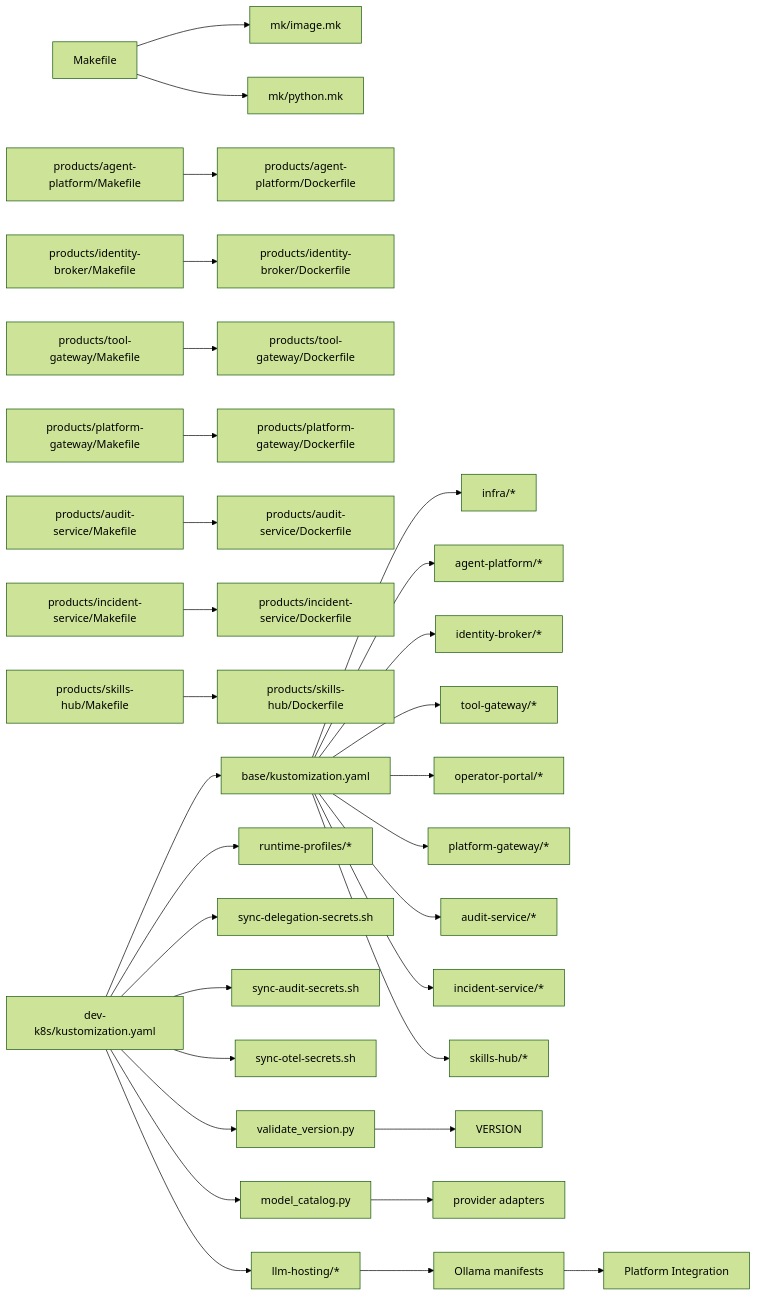
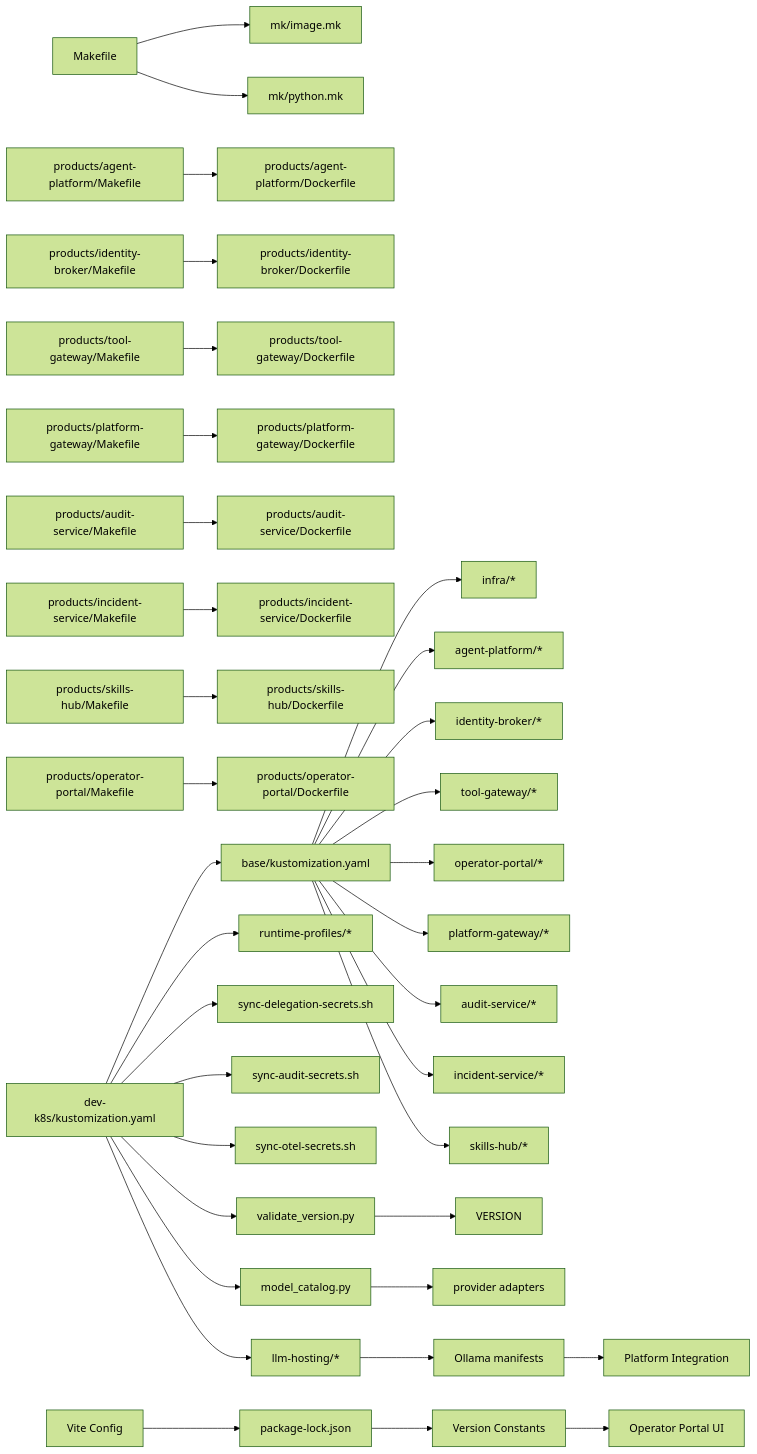
One commit to metasync/luban-aiops changed diagram 12 of 12 in .qoder/repowiki/en/content/Deployment and Operations/Deployment and Operations.md. Above: the diagram before and after it, drawn with Mermaid (forest theme). The commit also changed other lines of this file and 6 other files, not shown here.

````diff
--- a/.qoder/repowiki/en/content/Deployment and Operations/Deployment and Operations.md
+++ b/.qoder/repowiki/en/content/Deployment and Operations/Deployment and Operations.md
@@ -916,33 +947,37 @@
 ```mermaid
 graph LR
 MakefileRoot["Makefile"] --> MkImage["mk/image.mk"]
 MakefileRoot --> MkPython["mk/python.mk"]
 APMake["products/agent-platform/Makefile"] --> APDocker["products/agent-platform/Dockerfile"]
 IBMake["products/identity-broker/Makefile"] --> IBDocker["products/identity-broker/Dockerfile"]
 TGMake["products/tool-gateway/Makefile"] --> TGDocker["products/tool-gateway/Dockerfile"]
 PGMake["products/platform-gateway/Makefile"] --> PGDocker["products/platform-gateway/Dockerfile"]
 ASMake["products/audit-service/Makefile"] --> ASDocker["products/audit-service/Dockerfile"]
 ISMake["products/incident-service/Makefile"] --> ISDocker["products/incident-service/Dockerfile"]
 SHMake["products/skills-hub/Makefile"] --> SHDocker["products/skills-hub/Dockerfile"]
+OPMake["products/operator-portal/Makefile"] --> OPDocker["products/operator-portal/Dockerfile"]
 BaseKust["base/kustomization.yaml"] --> Infra["infra/*"]
 BaseKust --> APRes["agent-platform/*"]
 BaseKust --> IBRes["identity-broker/*"]
 BaseKust --> TGRes["tool-gateway/*"]
 BaseKust --> OPRes["operator-portal/*"]
 BaseKust --> PGRes["platform-gateway/*"]
 BaseKust --> ASRes["audit-service/*"]
 BaseKust --> ISRes["incident-service/*"]
 BaseKust --> SHRes["skills-hub/*"]
 OverlayKust["dev-k8s/kustomization.yaml"] --> BaseKust
 OverlayKust --> Profiles["runtime-profiles/*"]
 OverlayKust --> Delegation["sync-delegation-secrets.sh"]
 OverlayKust --> AuditSecrets["sync-audit-secrets.sh"]
 OverlayKust --> OTelSecrets["sync-otel-secrets.sh"]
 OverlayKust --> VersionValidation["validate_version.py"]
 OverlayKust --> ModelCatalog["model_catalog.py"]
 OverlayKust --> LLMHosting["llm-hosting/*"]
 VersionValidation --> VERSION["VERSION"]
 ModelCatalog --> Providers["provider adapters"]
 LLMHosting --> OllamaManifests["Ollama manifests"]
 OllamaManifests --> Platform["Platform Integration"]
+ViteConfig["Vite Config"] --> LockFile["package-lock.json"]
+LockFile --> VersionConstants["Version Constants"]
+VersionConstants --> PortalUI["Operator Portal UI"]
 ```
````
